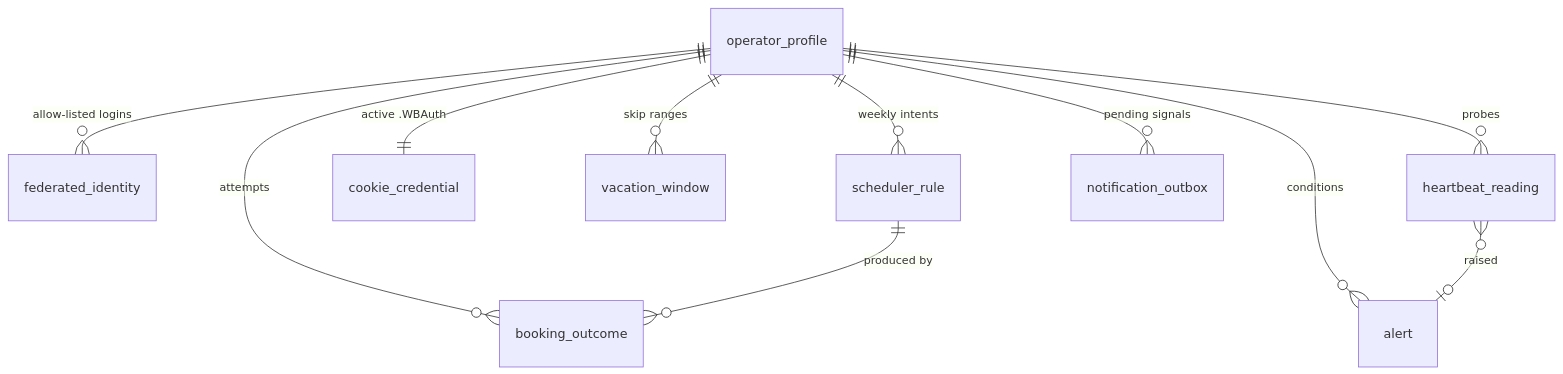
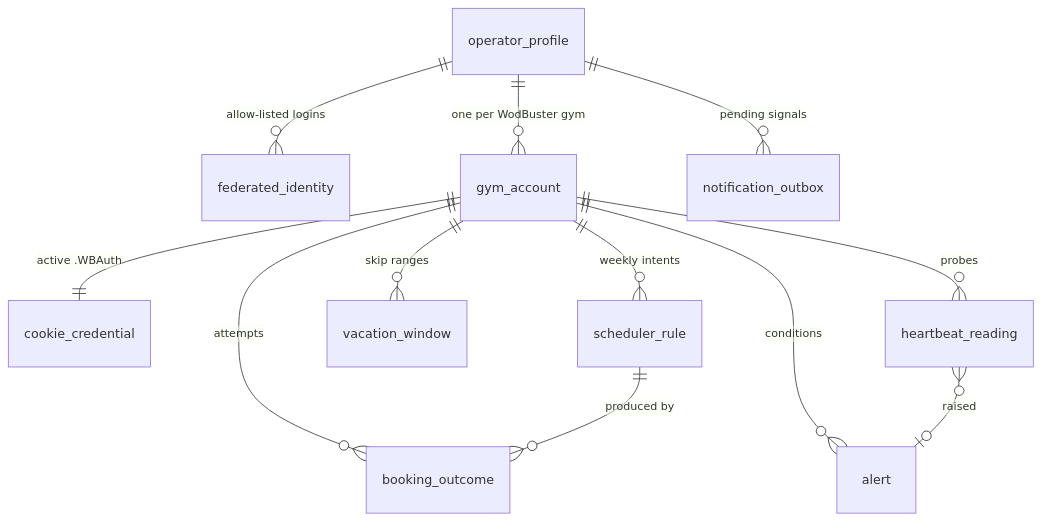
One commit to jluqueba/wodbuster-booking-scheduler changed the third of 4 diagrams in docs/DEVELOPER_GUIDE.md. Above: the diagram before and after it, drawn with Mermaid. The commit also changed other lines of this file and 70 other files, not shown here.

First line of the commit message:
Multi-gym accounts: book at more than one WodBuster gym (#87)

````diff
--- a/docs/DEVELOPER_GUIDE.md
+++ b/docs/DEVELOPER_GUIDE.md
@@ -150,13 +152,14 @@
 ```mermaid
 erDiagram
     operator_profile ||--o{ federated_identity : "allow-listed logins"
-    operator_profile ||--o{ scheduler_rule : "weekly intents"
-    operator_profile ||--|| cookie_credential : "active .WBAuth"
-    operator_profile ||--o{ booking_outcome : "attempts"
-    operator_profile ||--o{ vacation_window : "skip ranges"
-    operator_profile ||--o{ heartbeat_reading : "probes"
-    operator_profile ||--o{ alert : "conditions"
+    operator_profile ||--o{ gym_account : "one per WodBuster gym"
     operator_profile ||--o{ notification_outbox : "pending signals"
+    gym_account ||--|| cookie_credential : "active .WBAuth"
+    gym_account ||--o{ scheduler_rule : "weekly intents"
+    gym_account ||--o{ booking_outcome : "attempts"
+    gym_account ||--o{ vacation_window : "skip ranges"
+    gym_account ||--o{ heartbeat_reading : "probes"
+    gym_account ||--o{ alert : "conditions"
     scheduler_rule ||--o{ booking_outcome : "produced by"
     heartbeat_reading }o--o| alert : "raised"
 ```
````
